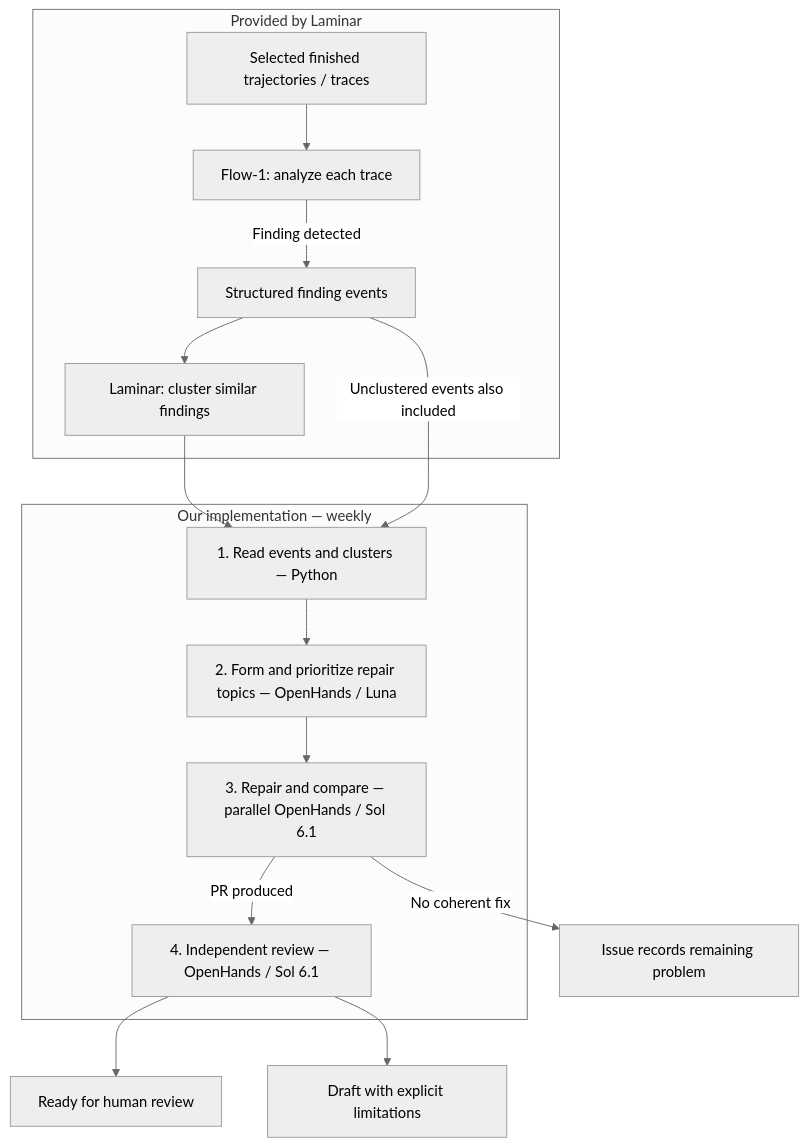
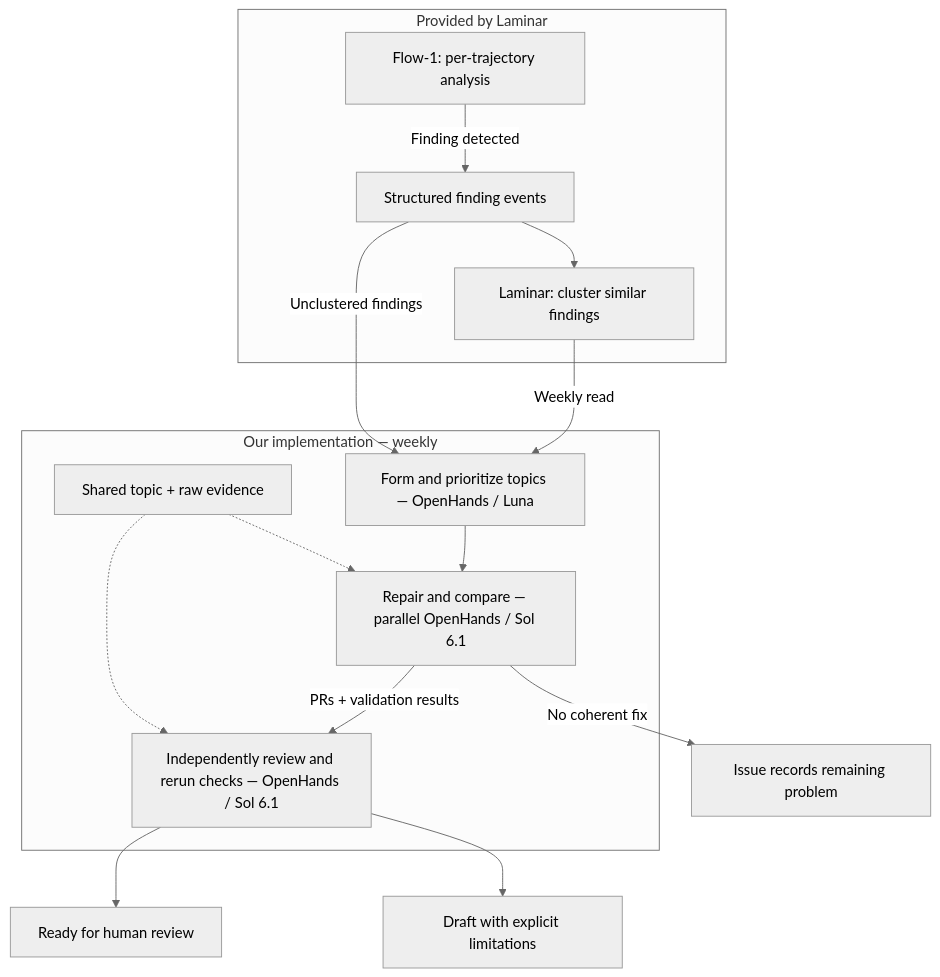
Before and after one commit to OpenHands/oss-agent-canvas: the second of 2 diagrams in automations/weekly-automation-improvement/HOW_IT_WORKS.md, drawn with Mermaid (neutral theme). The commit also changed other lines of this file, not shown here.

Commit message:
Simplify workflow diagram and show reviewer evidence access

````diff
--- a/automations/weekly-automation-improvement/HOW_IT_WORKS.md
+++ b/automations/weekly-automation-improvement/HOW_IT_WORKS.md
@@ -28,24 +28,25 @@
 ```mermaid
 flowchart TD
     subgraph laminar["Provided by Laminar"]
-        traces["Selected finished trajectories / traces"]
-        flow["Flow-1: analyze each trace"]
+        flow["Flow-1: per-trajectory analysis"]
         events["Structured finding events"]
         clusters["Laminar: cluster similar findings"]
-        traces --> flow -->|Finding detected| events
+        flow -->|Finding detected| events
         events --> clusters
     end
     subgraph automation["Our implementation — weekly"]
-        prepare["1. Read events and clusters — Python"]
-        triage["2. Form and prioritize repair topics — OpenHands / Luna"]
-        repair["3. Repair and compare — parallel OpenHands / Sol 6.1"]
-        review["4. Independent review — OpenHands / Sol 6.1"]
-        prepare --> triage --> repair
-        repair -->|PR produced| review
+        triage["Form and prioritize topics — OpenHands / Luna"]
+        repair["Repair and compare — parallel OpenHands / Sol 6.1"]
+        review["Independently review and rerun checks — OpenHands / Sol 6.1"]
+        context["Shared topic + raw evidence"]
+        triage --> repair
+        repair -->|PRs + validation results| review
+        context -.-> repair
+        context -.-> review
     end
-    clusters --> prepare
-    events -->|Unclustered events also included| prepare
+    clusters -->|Weekly read| triage
+    events -->|Unclustered findings| triage
     repair -->|No coherent fix| unresolved["Issue records remaining problem"]
     review --> ready["Ready for human review"]
     review --> draft["Draft with explicit limitations"]
 ```
````
